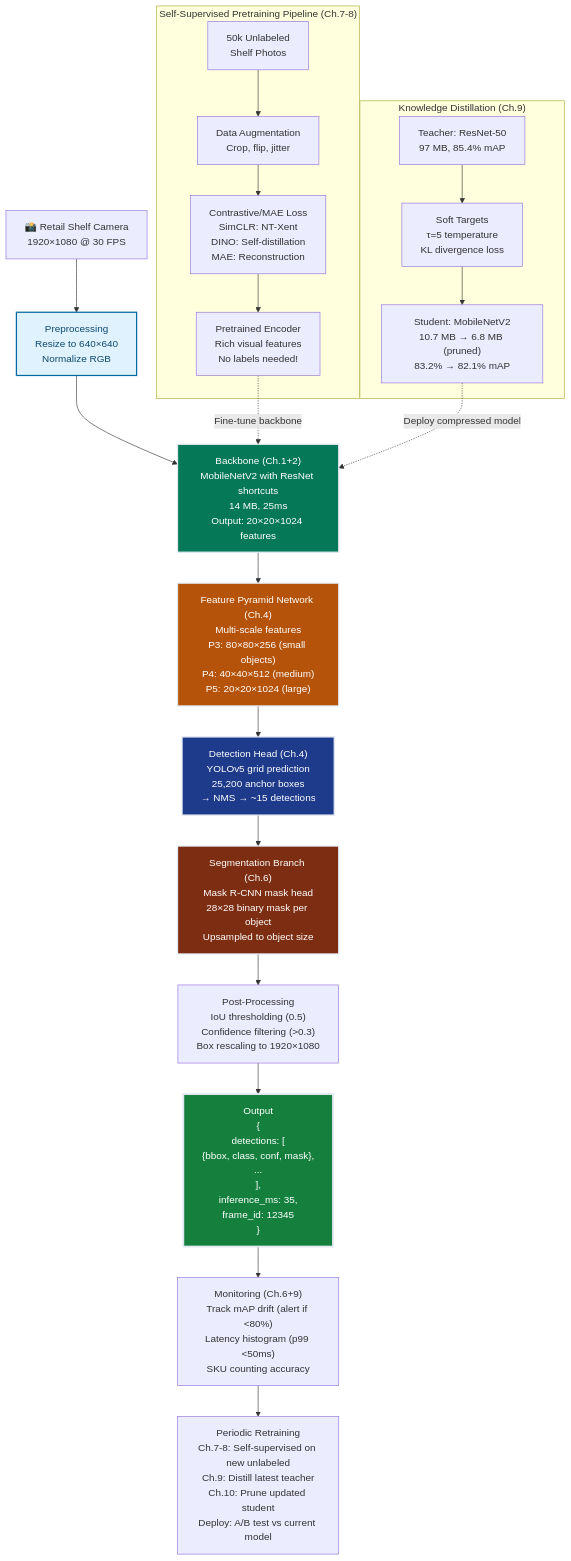
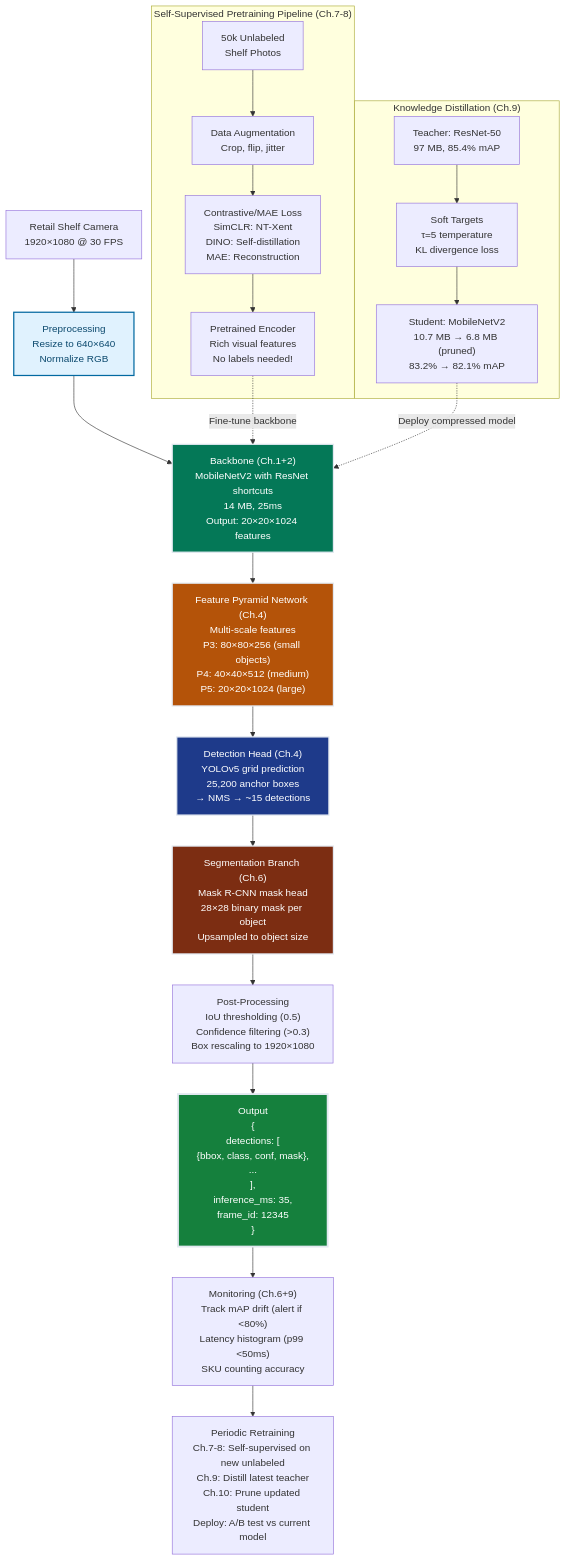
The diagram in notes/02-advanced-deep-learning/grand-solution.md (dsgouda7/ai-portfolio), drawn with Mermaid before and after one commit. The commit also changed other lines of this file and 391 other files, not shown here.

````diff
--- a/notes/02-advanced-deep-learning/grand-solution.md
+++ b/notes/02-advanced-deep-learning/grand-solution.md
@@ -255,43 +255,43 @@
 ```mermaid
 flowchart TD
- START["📸 Retail Shelf Camera<br/>1920×1080 @ 30 FPS"]
+ START[" Retail Shelf Camera<br/>1920×1080 @ 30 FPS"]
 
  START --> PREPROC["Preprocessing<br/>Resize to 640×640<br/>Normalize RGB"]
 
  PREPROC --> BACKBONE["Backbone (Ch.1+2)<br/>MobileNetV2 with ResNet shortcuts<br/>14 MB, 25ms<br/>Output: 20×20×1024 features"]
 
  BACKBONE --> NECK["Feature Pyramid Network (Ch.4)<br/>Multi-scale features<br/>P3: 80×80×256 (small objects)<br/>P4: 40×40×512 (medium)<br/>P5: 20×20×1024 (large)"]
 
  NECK --> DETECT["Detection Head (Ch.4)<br/>YOLOv5 grid prediction<br/>25,200 anchor boxes<br/>→ NMS → ~15 detections"]
 
  DETECT --> SEGMENT["Segmentation Branch (Ch.6)<br/>Mask R-CNN mask head<br/>28×28 binary mask per object<br/>Upsampled to object size"]
 
  SEGMENT --> POSTPROC["Post-Processing<br/>IoU thresholding (0.5)<br/>Confidence filtering (>0.3)<br/>Box rescaling to 1920×1080"]
 
  POSTPROC --> OUTPUT[" Output<br/>{<br/> detections: [<br/> {bbox, class, conf, mask},<br/> ...<br/> ],<br/> inference_ms: 35,<br/> frame_id: 12345<br/>}"]
 
  OUTPUT --> MONITOR["Monitoring (Ch.6+9)<br/>Track mAP drift (alert if <80%)<br/>Latency histogram (p99 <50ms)<br/>SKU counting accuracy"]
 
  MONITOR --> RETRAIN["Periodic Retraining<br/>Ch.7-8: Self-supervised on new unlabeled<br/>Ch.9: Distill latest teacher<br/>Ch.10: Prune updated student<br/>Deploy: A/B test vs current model"]
 
  style PREPROC fill:#e0f2fe,stroke:#0369a1,stroke-width:2px,color:#0c4a6e
  style BACKBONE fill:#047857,stroke:#e2e8f0,stroke-width:2px,color:#ffffff
  style NECK fill:#b45309,stroke:#e2e8f0,stroke-width:2px,color:#ffffff
  style DETECT fill:#1e3a8a,stroke:#e2e8f0,stroke-width:2px,color:#ffffff
  style SEGMENT fill:#7c2d12,stroke:#e2e8f0,stroke-width:2px,color:#ffffff
  style OUTPUT fill:#15803d,stroke:#e2e8f0,stroke-width:3px,color:#ffffff
 
  subgraph PRETRAIN["Self-Supervised Pretraining Pipeline (Ch.7-8)"]
  UNLABELED["50k Unlabeled<br/>Shelf Photos"] --> AUGMENT["Data Augmentation<br/>Crop, flip, jitter"]
  AUGMENT --> CONTRAST["Contrastive/MAE Loss<br/>SimCLR: NT-Xent<br/>DINO: Self-distillation<br/>MAE: Reconstruction"]
  CONTRAST --> ENCODER["Pretrained Encoder<br/>Rich visual features<br/>No labels needed!"]
  end
 
  subgraph DISTILL["Knowledge Distillation (Ch.9)"]
  TEACHER["Teacher: ResNet-50<br/>97 MB, 85.4% mAP"] --> SOFT["Soft Targets<br/>τ=5 temperature<br/>KL divergence loss"]
  SOFT --> STUDENT["Student: MobileNetV2<br/>10.7 MB → 6.8 MB (pruned)<br/>83.2% → 82.1% mAP"]
  end
 
  ENCODER -.->|"Fine-tune backbone"| BACKBONE
  STUDENT -.->|"Deploy compressed model"| BACKBONE
 ```
````
